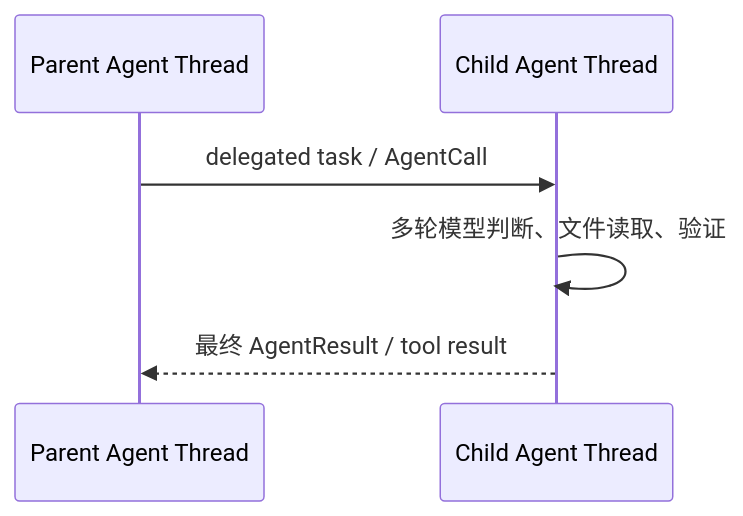
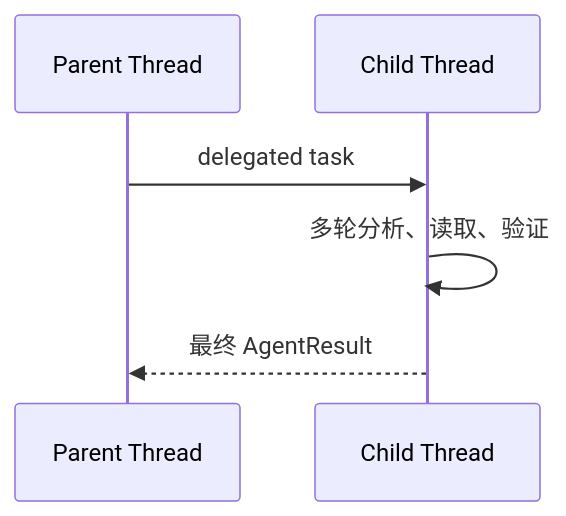
One commit to Arthur999459up/GitAgent changed the third of 8 diagrams in docs/04-model-and-context-protocol.md. Above: the diagram before and after it, drawn with Mermaid. The commit also changed other lines of this file and 15 other files, not shown here.

````diff
--- a/docs/04-model-and-context-protocol.md
+++ b/docs/04-model-and-context-protocol.md
@@ -178,9 +85,9 @@
 ```mermaid
 sequenceDiagram
-    participant P as Parent Agent Thread
-    participant C as Child Agent Thread
+    participant P as Parent Thread
+    participant C as Child Thread
 
-    P->>C: delegated task / AgentCall
-    C->>C: 多轮模型判断、文件读取、验证
-    C-->>P: 最终 AgentResult / tool result
+    P->>C: delegated task
+    C->>C: 多轮分析、读取、验证
+    C-->>P: 最终 AgentResult
 ```
````
